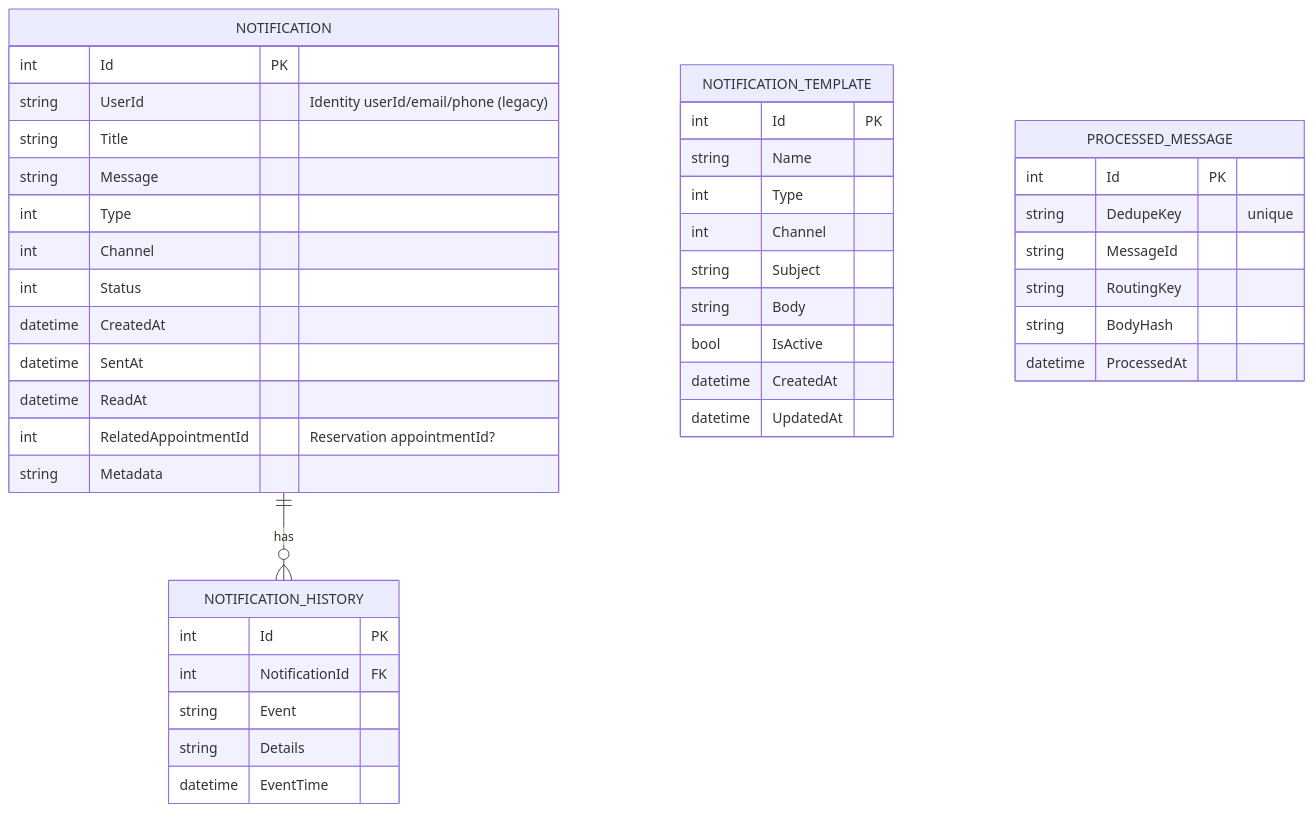
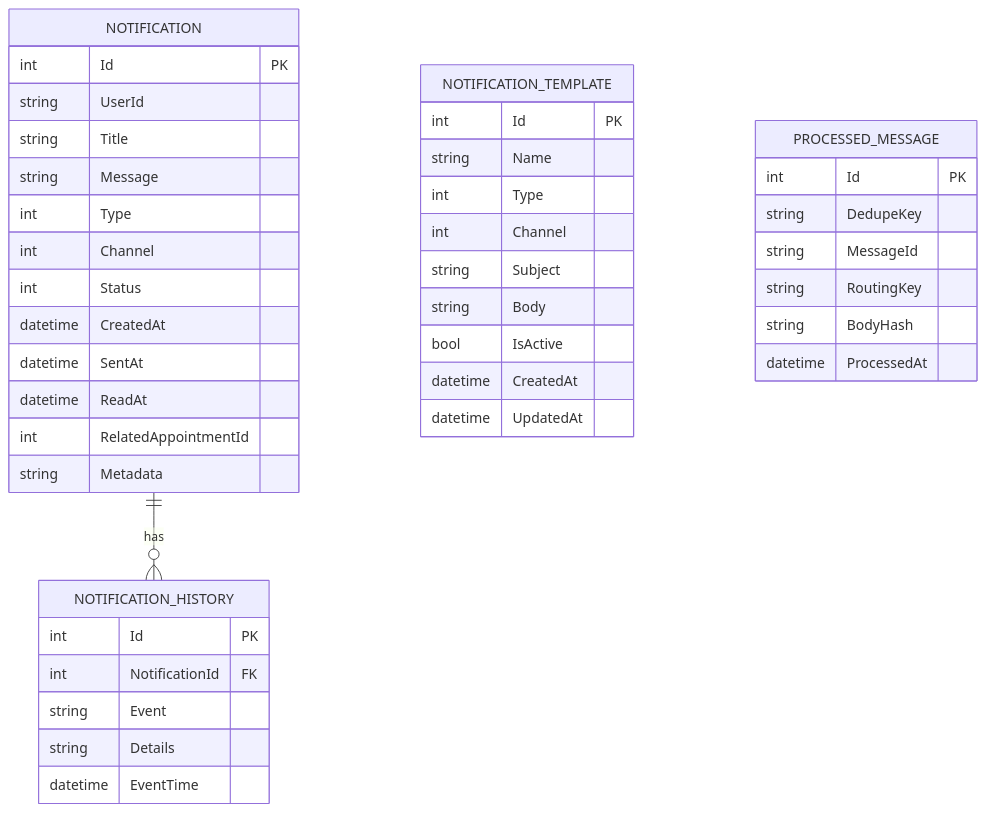
Before and after one commit to BitKitsu/Rezerwuj-to: the third of 5 diagrams in README.md, drawn with Mermaid. The commit also changed other lines of this file, not shown here.

Commit message:
fix(README): Mermaid Fix

````diff
--- a/README.md
+++ b/README.md
@@ -199,48 +208,48 @@
 ```mermaid
 erDiagram
   NOTIFICATION ||--o{ NOTIFICATION_HISTORY : has
 
   NOTIFICATION {
     int Id PK
-    string UserId "Identity userId/email/phone (legacy)"
+    string UserId
     string Title
     string Message
     int Type
     int Channel
     int Status
     datetime CreatedAt
     datetime SentAt
     datetime ReadAt
-    int RelatedAppointmentId "Reservation appointmentId?"
+    int RelatedAppointmentId
     string Metadata
   }
 
   NOTIFICATION_TEMPLATE {
     int Id PK
     string Name
     int Type
     int Channel
     string Subject
     string Body
     bool IsActive
     datetime CreatedAt
     datetime UpdatedAt
   }
 
   NOTIFICATION_HISTORY {
     int Id PK
     int NotificationId FK
     string Event
     string Details
     datetime EventTime
   }
 
   PROCESSED_MESSAGE {
     int Id PK
-    string DedupeKey "unique"
+    string DedupeKey
     string MessageId
     string RoutingKey
     string BodyHash
     datetime ProcessedAt
   }
 ```
````
